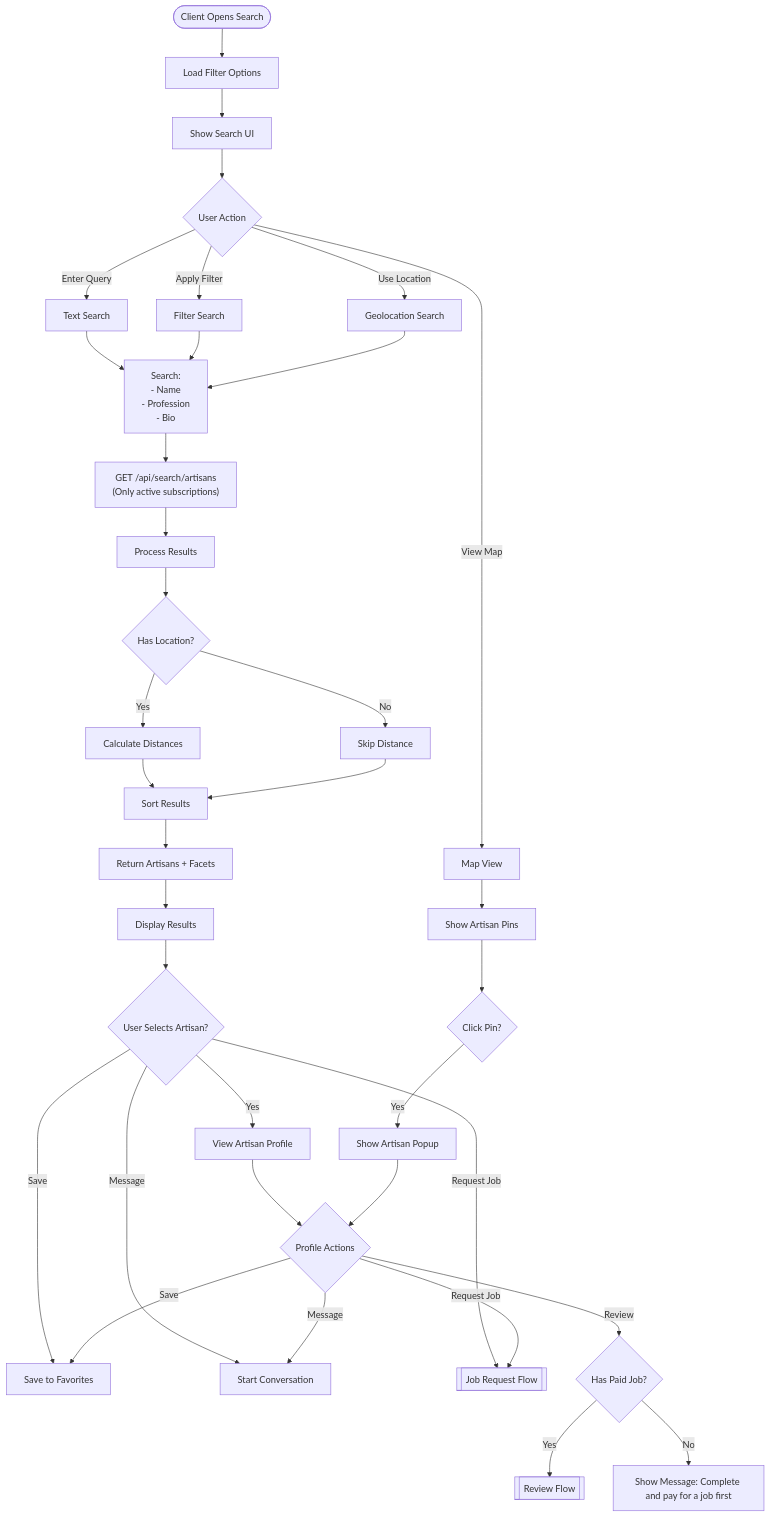
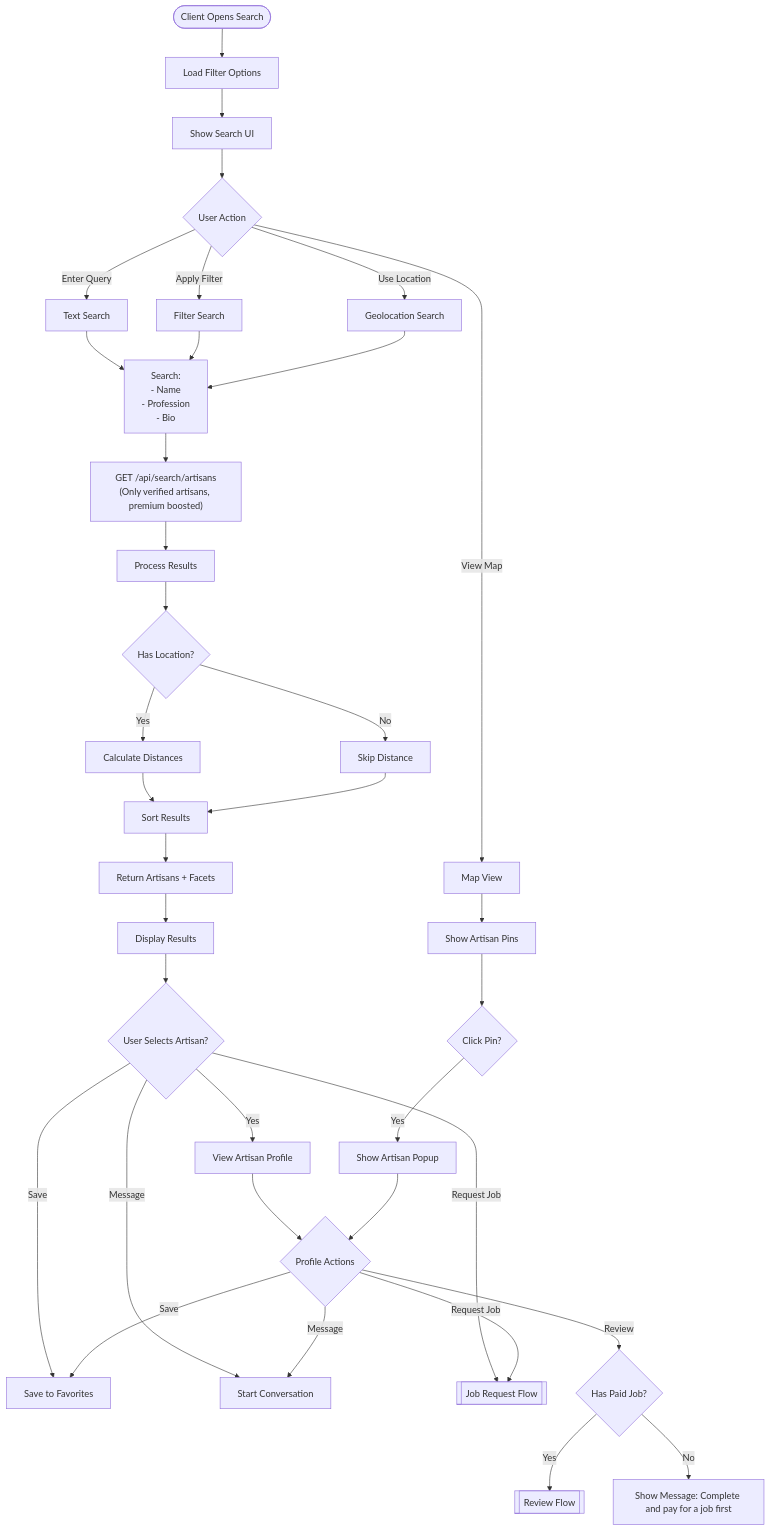
Before and after one commit to Mont3ll/ArtisanLink: diagram 12 of 15 in docs/FLOWCHARTS.md, drawn with Mermaid. The commit also changed other lines of this file and 18 other files, not shown here.

````diff
--- a/docs/FLOWCHARTS.md
+++ b/docs/FLOWCHARTS.md
@@ -458,49 +458,49 @@
 ```mermaid
 flowchart TD
     Start([Client Opens Search]) --> LoadFilters[Load Filter Options]
     LoadFilters --> ShowUI[Show Search UI]
     
     ShowUI --> UserAction{User Action}
     
     UserAction -->|Enter Query| TextSearch[Text Search]
     UserAction -->|Apply Filter| FilterSearch[Filter Search]
     UserAction -->|Use Location| GeoSearch[Geolocation Search]
     UserAction -->|View Map| MapView[Map View]
     
     TextSearch --> BuildQuery["Search:<br/>- Name<br/>- Profession<br/>- Bio"]
     FilterSearch --> BuildQuery
     GeoSearch --> BuildQuery
     
-    BuildQuery --> APICall["GET /api/search/artisans<br/>(Only active subscriptions)"]
+    BuildQuery --> APICall["GET /api/search/artisans<br/>(Only verified artisans, premium boosted)"]
     APICall --> ProcessResults[Process Results]
     
     ProcessResults --> CalculateDistance{Has Location?}
     CalculateDistance -->|Yes| AddDistance[Calculate Distances]
     CalculateDistance -->|No| SkipDistance[Skip Distance]
     
     AddDistance --> SortResults[Sort Results]
     SkipDistance --> SortResults
     
     SortResults --> ReturnResults[Return Artisans + Facets]
     ReturnResults --> DisplayResults[Display Results]
     
     DisplayResults --> UserSelect{User Selects Artisan?}
     UserSelect -->|Yes| ViewProfile[View Artisan Profile]
     UserSelect -->|Save| SaveArtisan[Save to Favorites]
     UserSelect -->|Message| StartConversation[Start Conversation]
     UserSelect -->|Request Job| RequestJob[[Job Request Flow]]
     
     ViewProfile --> ProfileActions{Profile Actions}
     ProfileActions -->|Save| SaveArtisan
     ProfileActions -->|Message| StartConversation
     ProfileActions -->|Request Job| RequestJob
     ProfileActions -->|Review| CheckCanReview{Has Paid Job?}
     
     CheckCanReview -->|Yes| WriteReview[[Review Flow]]
     CheckCanReview -->|No| NoReview[Show Message: Complete and pay for a job first]
     
     MapView --> ShowPins[Show Artisan Pins]
     ShowPins --> ClickPin{Click Pin?}
     ClickPin -->|Yes| ShowPopup[Show Artisan Popup]
     ShowPopup --> ProfileActions
 ```
````
